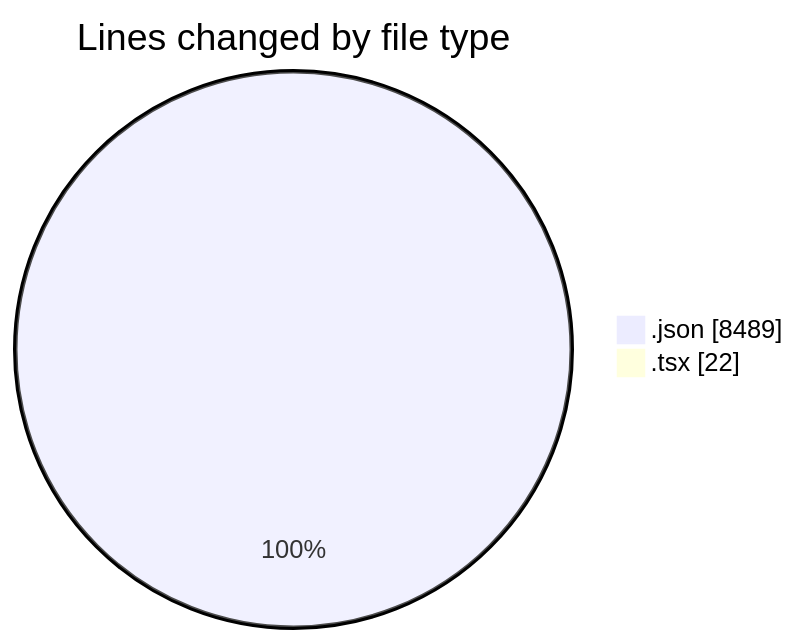
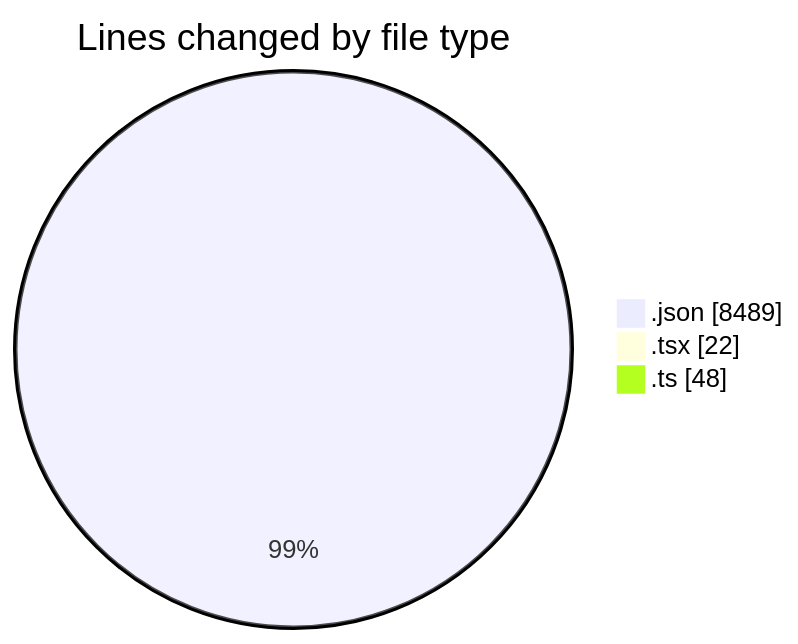
The first of 2 diagrams in 2025-07-04/untitled__workspace_/README.md (JenPaints/code-tracking), drawn with Mermaid before and after one commit. The commit also changed other lines of this file and 1 other file, not shown here.

````diff
--- a/2025-07-04/untitled__workspace_/README.md
+++ b/2025-07-04/untitled__workspace_/README.md
@@ -24,6 +25,7 @@
 ```mermaid
 pie showData
 title Lines changed by file type
 ".json" : 8489
 ".tsx" : 22
+".ts" : 48
 ```
````
